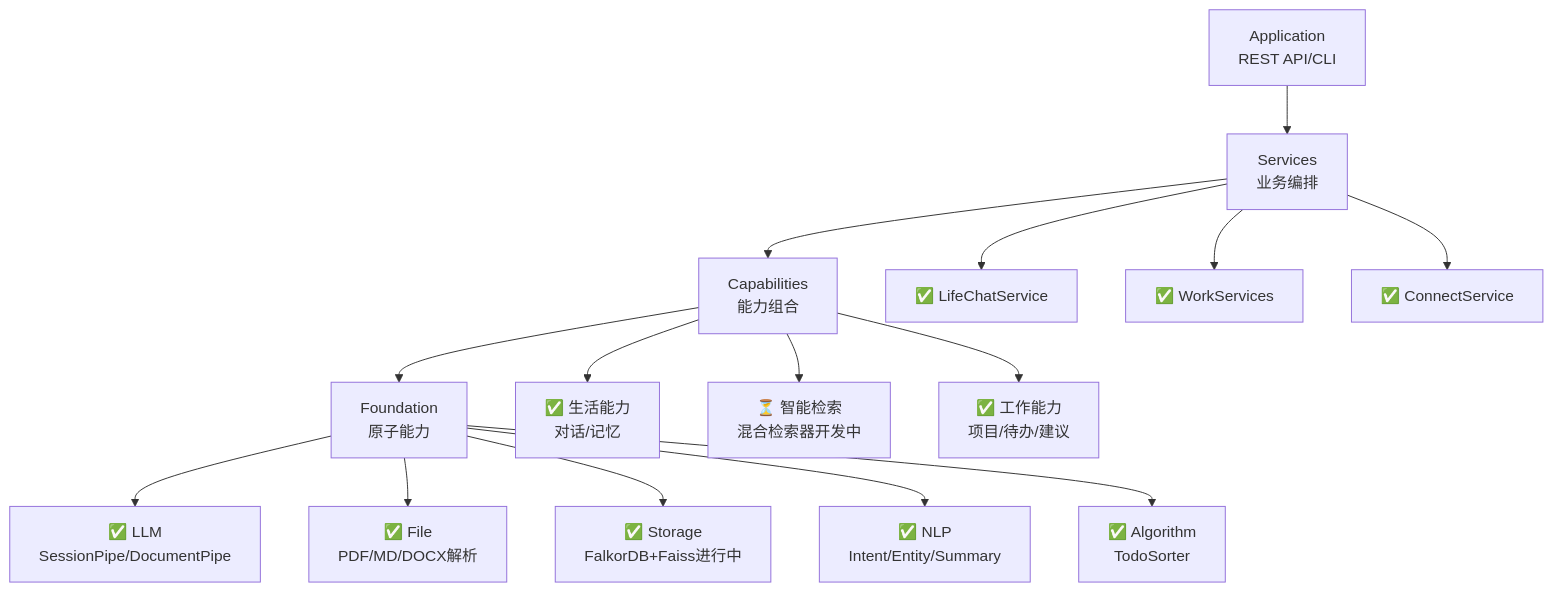
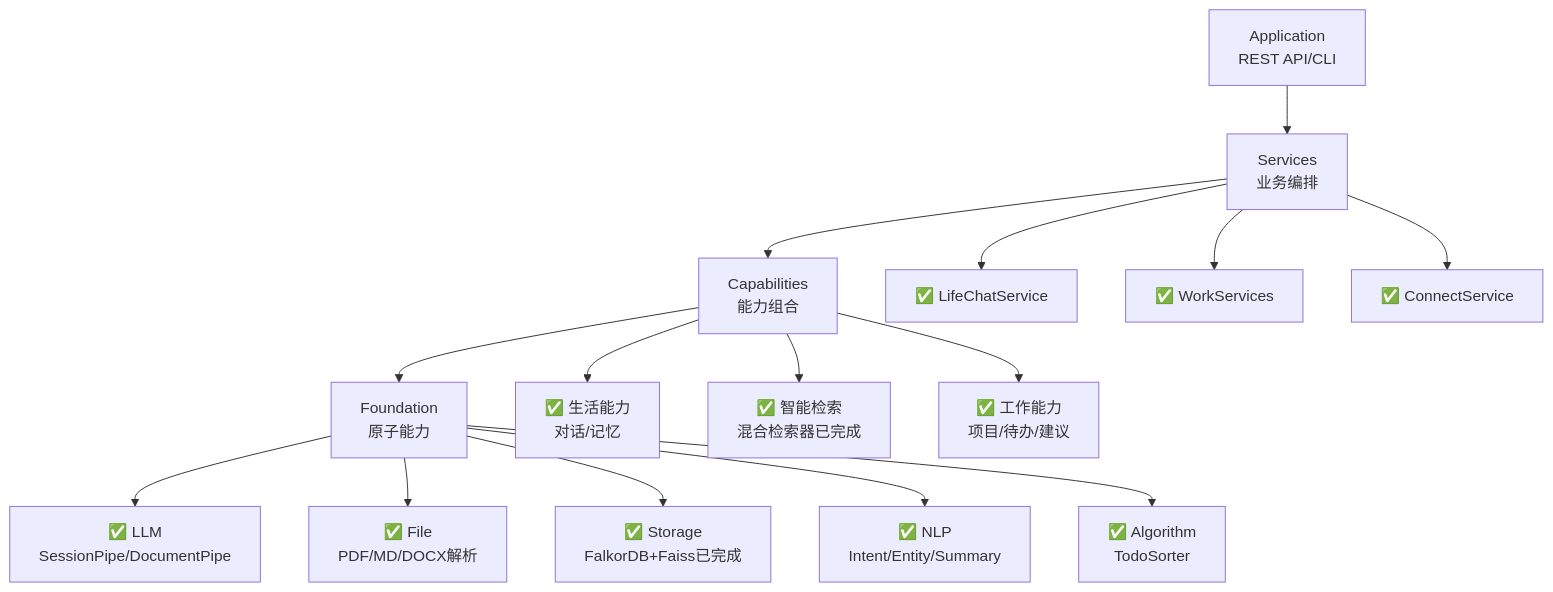
Before and after one commit to kailiangenn/another-me: the third of 3 diagrams in ame-doc/architecture.md, drawn with Mermaid. The commit also changed other lines of this file and 86 other files, not shown here.

````diff
--- a/ame-doc/architecture.md
+++ b/ame-doc/architecture.md
@@ -80,20 +80,20 @@
 ```mermaid
 graph TD
     A[Application<br/>REST API/CLI] --> B[Services<br/>业务编排]
     B --> C[Capabilities<br/>能力组合]
     C --> D[Foundation<br/>原子能力]
     
     D --> D1[✅ LLM<br/>SessionPipe/DocumentPipe]
     D --> D2[✅ File<br/>PDF/MD/DOCX解析]
-    D --> D3[✅ Storage<br/>FalkorDB+Faiss进行中]
+    D --> D3[✅ Storage<br/>FalkorDB+Faiss已完成]
     D --> D4[✅ NLP<br/>Intent/Entity/Summary]
     D --> D5[✅ Algorithm<br/>TodoSorter]
     
     C --> C1[✅ 生活能力<br/>对话/记忆]
-    C --> C2[⏳ 智能检索<br/>混合检索器开发中]
+    C --> C2[✅ 智能检索<br/>混合检索器已完成]
     C --> C3[✅ 工作能力<br/>项目/待办/建议]
     
     B --> B1[✅ LifeChatService]
     B --> B2[✅ WorkServices]
     B --> B3[✅ ConnectService]
 ```
````
